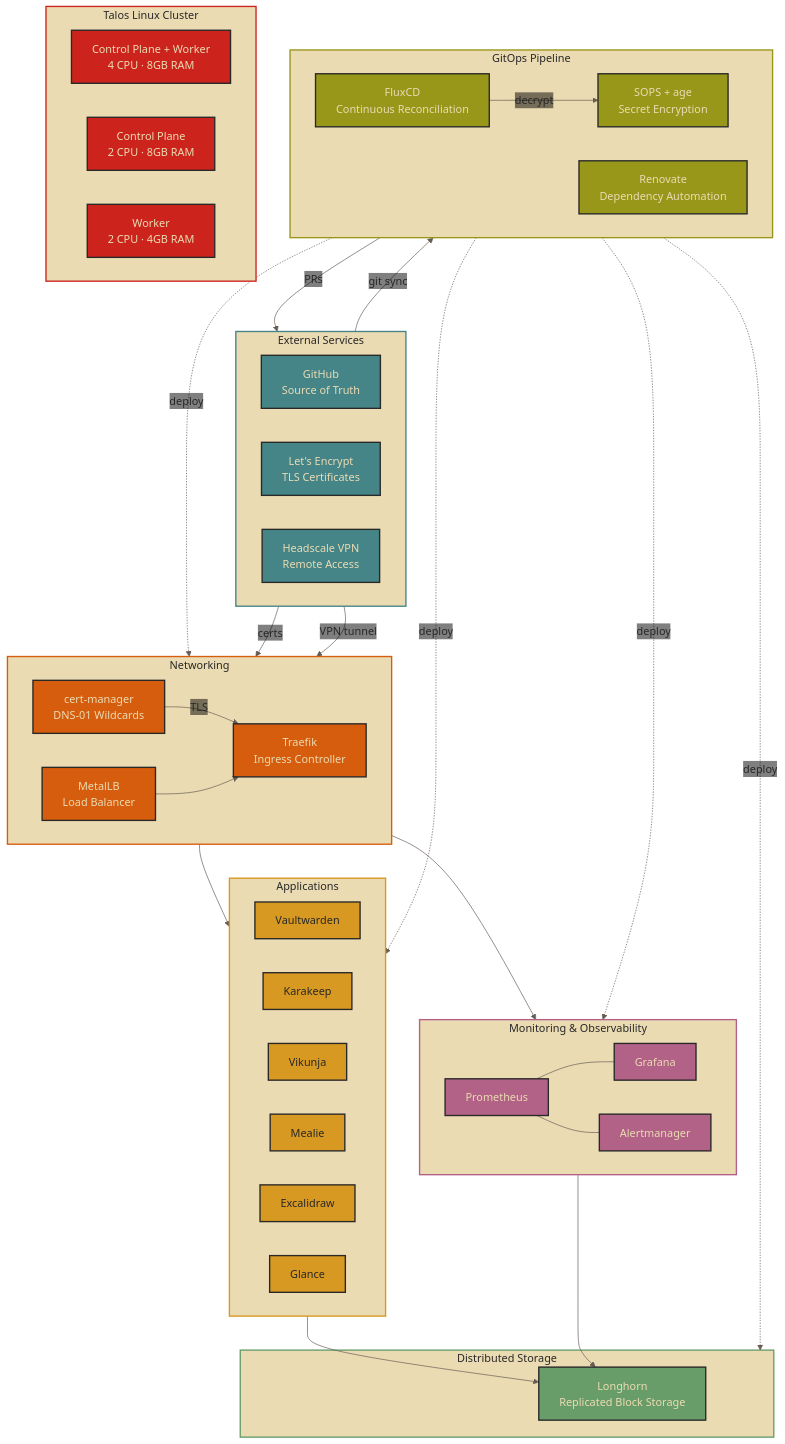
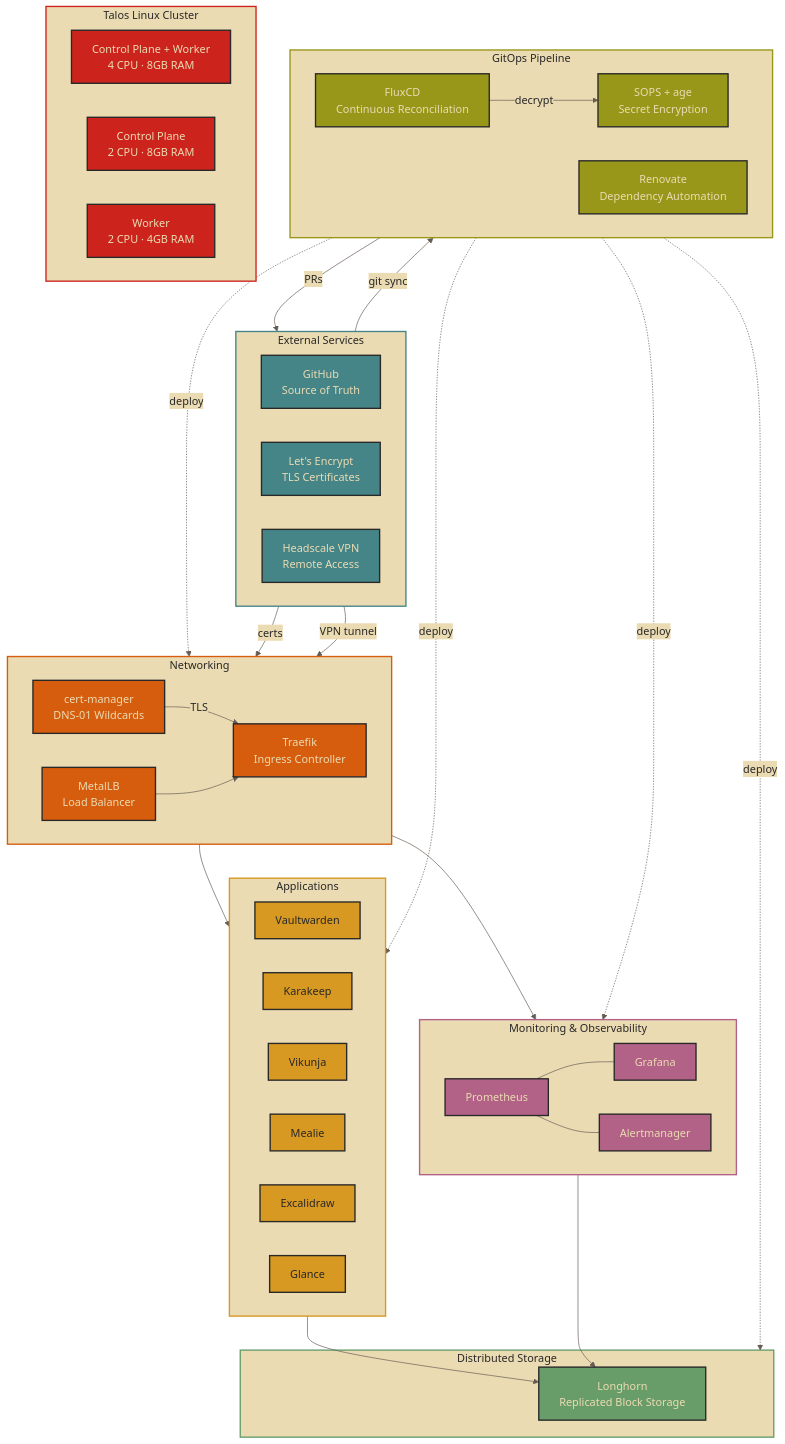
One commit to markoonakic/homelab changed the diagram in README.md. Above: the diagram before and after it, drawn with Mermaid.

Commit message:
readme cahnges

````diff
--- a/README.md
+++ b/README.md
@@ -15,5 +15,5 @@
 ```mermaid
-%%{init: {'theme': 'base', 'themeVariables': {'background': '#ebdbb2', 'lineColor': '#665c54', 'edgeLabelBackground': 'transparent', 'primaryTextColor': '#282828'}}}%%
+%%{init: {'theme': 'base', 'themeVariables': {'background': '#ebdbb2', 'lineColor': '#665c54', 'edgeLabelBackground': '#ebdbb2', 'primaryTextColor': '#282828'}}}%%
 
 graph TD
     %% ── External Services ──
````
